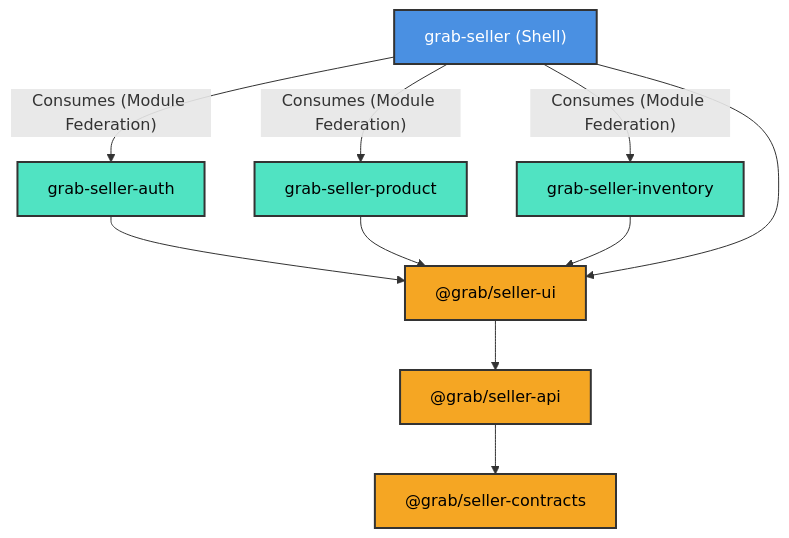
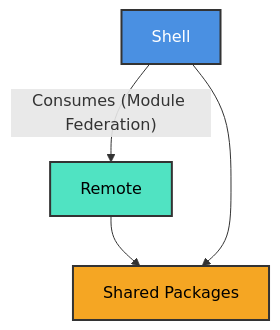
The first of 2 diagrams in docs/Current_System_Architecture.md (khinemyaezin/grab-web), drawn with Mermaid before and after one commit. The commit also changed other lines of this file and 1 other file, not shown here.

Commit message:
docs: transition platform to Docker-based orchestration and update system architecture documentation

````diff
--- a/docs/Current_System_Architecture.md
+++ b/docs/Current_System_Architecture.md
@@ -23,25 +22,15 @@
 ```mermaid
 flowchart TD
     %% Define Styles
     classDef shell fill:#4a90e2,color:#fff,stroke:#333,stroke-width:2px;
     classDef remote fill:#50e3c2,color:#000,stroke:#333,stroke-width:2px;
     classDef shared fill:#f5a623,color:#000,stroke:#333,stroke-width:2px;
     %% Nodes
-    Shell["grab-seller (Shell)"]:::shell
-    Auth["grab-seller-auth"]:::remote
-    Product["grab-seller-product"]:::remote
-    Inventory["grab-seller-inventory"]:::remote
-    UI["@grab/seller-ui"]:::shared
-    API["@grab/seller-api"]:::shared
-    Contracts["@grab/seller-contracts"]:::shared
+    Shell["Shell"]:::shell
+    Remote["Remote"]:::remote
+    SharedPackages["Shared Packages"]:::shared
     %% Relationships
-    Shell -->|"Consumes (Module Federation)"| Auth
-    Shell -->|"Consumes (Module Federation)"| Product
-    Shell -->|"Consumes (Module Federation)"| Inventory
-    Auth --> UI
-    Product --> UI
-    Inventory --> UI
-    Shell --> UI
-    UI --> API
-    API --> Contracts
+    Shell -->|"Consumes (Module Federation)"| Remote
+    Remote --> SharedPackages
+    Shell --> SharedPackages
 ```
````
